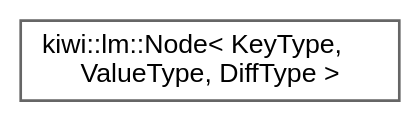
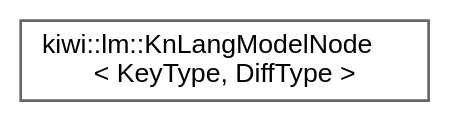
One commit to bab2min/Kiwi changed the diagram in inherit_graph_48.dot. Above: the diagram before and after it, drawn with Graphviz. The commit also changed 150 other files, not shown here.

```diff
--- a/inherit_graph_48.dot
+++ b/inherit_graph_48.dot
@@ -1,9 +1,9 @@
 digraph "Graphical Class Hierarchy"
 {
  // LATEX_PDF_SIZE
   bgcolor="transparent";
   edge [fontname=Helvetica,fontsize=10,labelfontname=Helvetica,labelfontsize=10];
   node [fontname=Helvetica,fontsize=10,shape=box,height=0.2,width=0.4];
   rankdir="LR";
-  Node0 [id="Node000000",label="kiwi::lm::Node\< KeyType,\l ValueType, DiffType \>",height=0.2,width=0.4,color="grey40", fillcolor="white", style="filled",URL="$structkiwi_1_1lm_1_1Node.html",tooltip=" "];
+  Node0 [id="Node000000",label="kiwi::lm::KnLangModelNode\l\< KeyType, DiffType \>",height=0.2,width=0.4,color="grey40", fillcolor="white", style="filled",URL="$structkiwi_1_1lm_1_1KnLangModelNode.html",tooltip=" "];
 }
```
